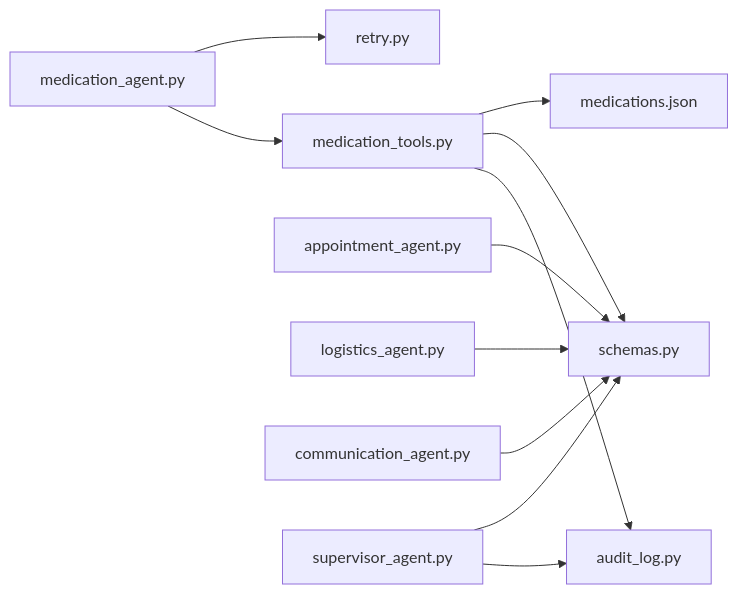
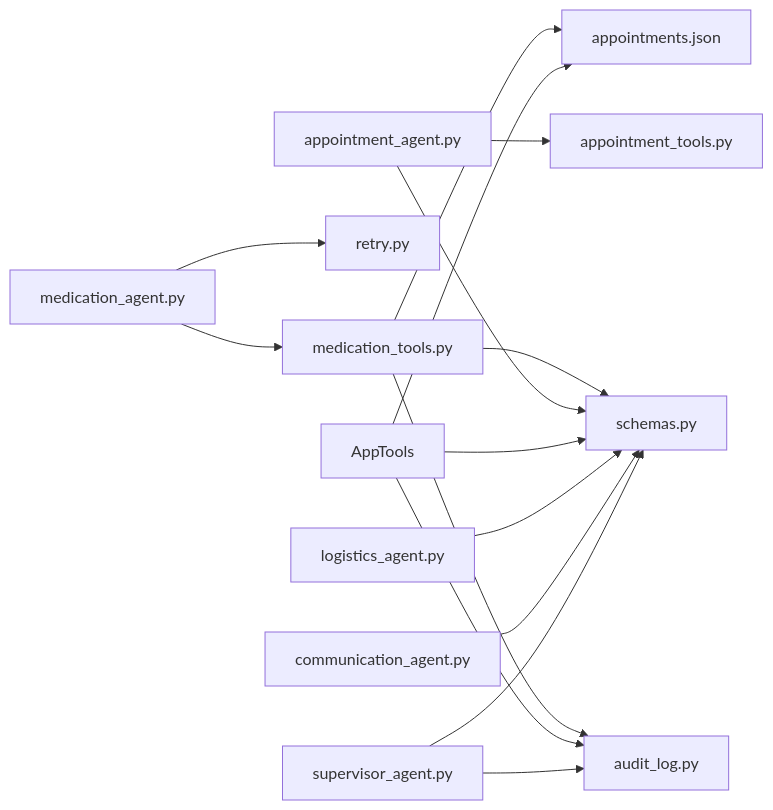
Before and after one commit to infamous-rebel/CareBridge: the eighth of 8 diagrams in .qoder/repowiki/en/content/Testing Strategy/Unit Testing.md, drawn with Mermaid. The commit also changed other lines of this file and 6 other files, not shown here.

````diff
--- a/.qoder/repowiki/en/content/Testing Strategy/Unit Testing.md
+++ b/.qoder/repowiki/en/content/Testing Strategy/Unit Testing.md
@@ -326,13 +359,17 @@
 ```mermaid
 graph LR
 MedAgent["medication_agent.py"] --> MedTools["medication_tools.py"]
 MedAgent --> Retry["retry.py"]
 MedTools --> Audit["audit_log.py"]
 MedTools --> Schemas["schemas.py"]
 MedTools --> Fixtures["medications.json"]
-AppAgent["appointment_agent.py"] --> Schemas
+AppAgent["appointment_agent.py"] --> ApptTools["appointment_tools.py"]
+AppAgent --> Schemas
+AppTools --> Audit
+AppTools --> Schemas
+AppTools --> Fixtures["appointments.json"]
 LogAgent["logistics_agent.py"] --> Schemas
 CommAgent["communication_agent.py"] --> Schemas
 SupAgent["supervisor_agent.py"] --> Audit
 SupAgent --> Schemas
 ```
````
